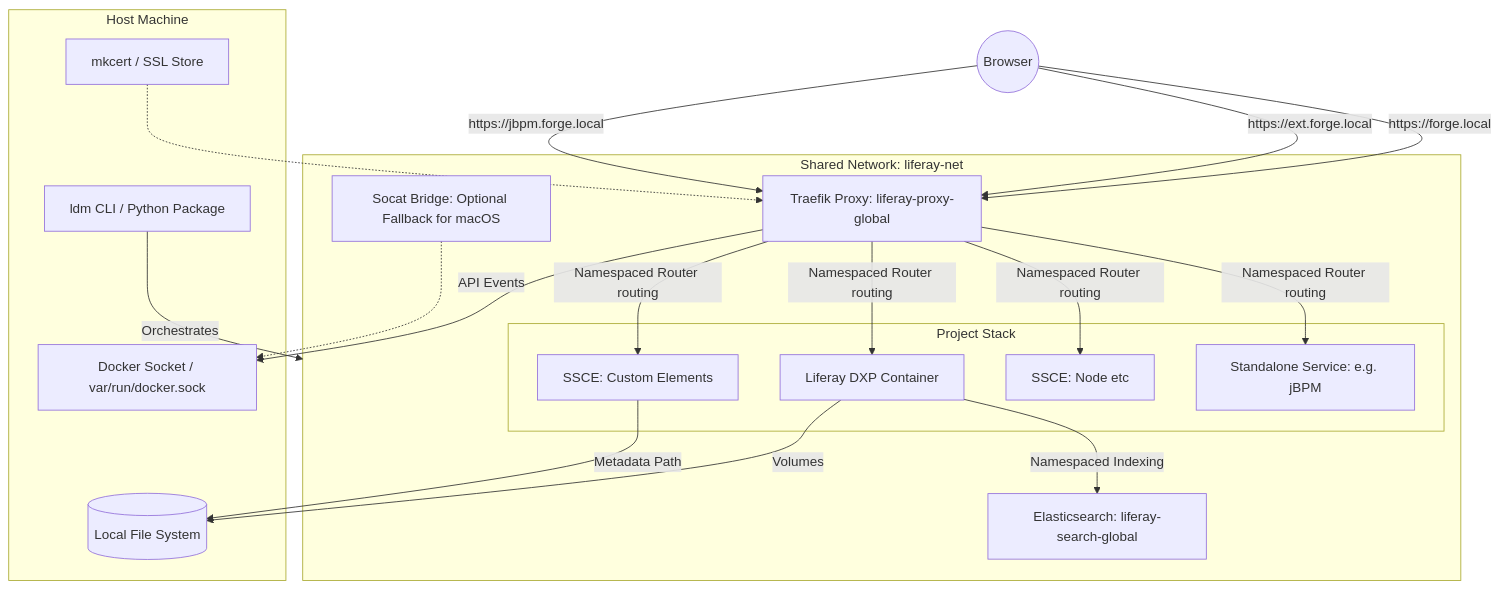
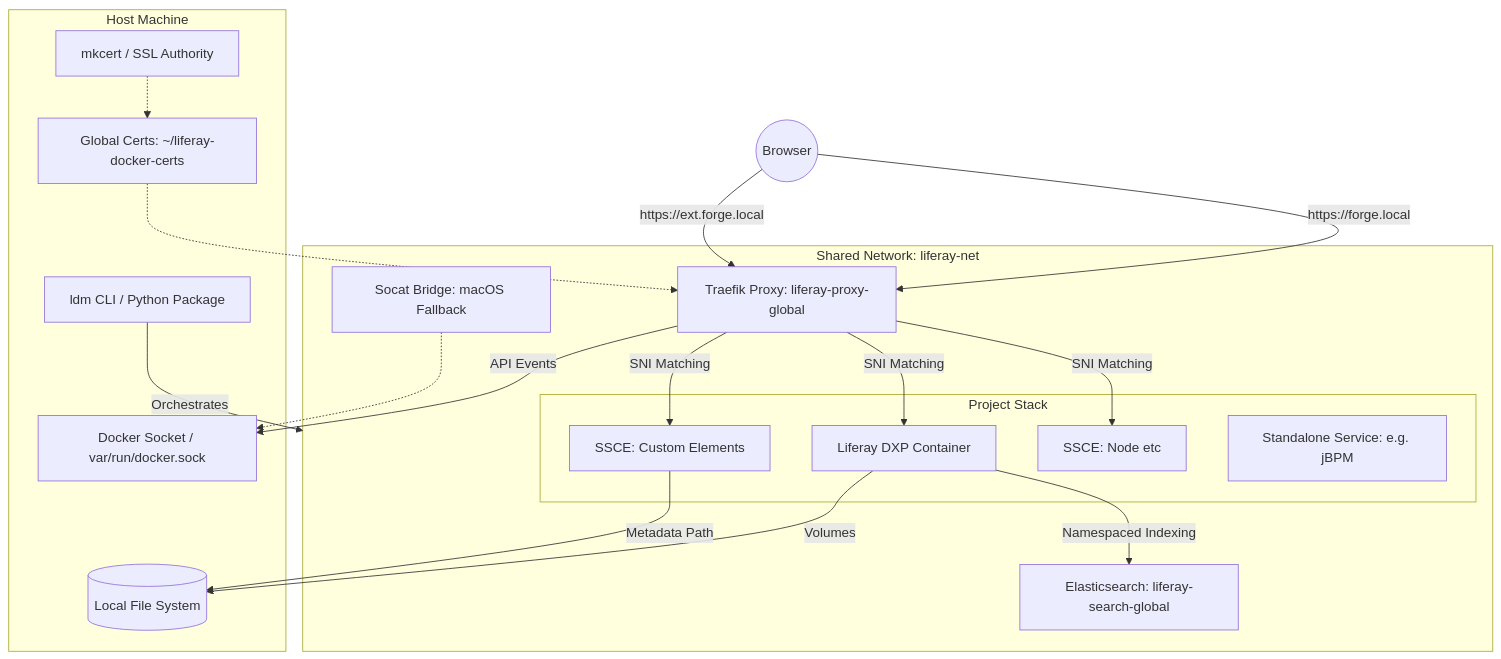
The first of 5 diagrams in docs/LDM_ARCHITECTURE.md (peterrichards-lr/liferay-docker-manager), drawn with Mermaid before and after one commit. The commit also changed other lines of this file and 7 other files, not shown here.

````diff
--- a/docs/LDM_ARCHITECTURE.md
+++ b/docs/LDM_ARCHITECTURE.md
@@ -9,45 +9,45 @@
 ```mermaid
 graph TD
     subgraph Host_Machine [Host Machine]
         CLI[ldm CLI / Python Package]
         FS[(Local File System)]
         Socket[Docker Socket / var/run/docker.sock]
-        Cert[mkcert / SSL Store]
+        Cert_Dir[Global Certs: ~/liferay-docker-certs]
+        Cert[mkcert / SSL Authority]
     end
 
     subgraph Docker_Network [Shared Network: liferay-net]
         Proxy[Traefik Proxy: liferay-proxy-global]
-        Socat[Socat Bridge: Optional Fallback for macOS]
+        Socat[Socat Bridge: macOS Fallback]
         Search[Elasticsearch: liferay-search-global]
         
         subgraph Project_Stack [Project Stack]
             DXP[Liferay DXP Container]
             SSCE1[SSCE: Custom Elements]
             SSCE2[SSCE: Node etc]
             SERVICE[Standalone Service: e.g. jBPM]
         end
     end
 
     %% Traffic Flow
     User((Browser)) -- "https://forge.local" --> Proxy
     User -- "https://ext.forge.local" --> Proxy
-    User -- "https://jbpm.forge.local" --> Proxy
     
-    Proxy -- "Namespaced Router routing" --> DXP
-    Proxy -- "Namespaced Router routing" --> SSCE1
-    Proxy -- "Namespaced Router routing" --> SSCE2
-    Proxy -- "Namespaced Router routing" --> SERVICE
+    Proxy -- "SNI Matching" --> DXP
+    Proxy -- "SNI Matching" --> SSCE1
+    Proxy -- "SNI Matching" --> SSCE2
     
     %% Communication
     DXP -- "Namespaced Indexing" --> Search
     Proxy -- "API Events" --> Socket
     Socat -.-> Socket
     
     %% Persistence
     DXP -- "Volumes" --> FS
     SSCE1 -- "Metadata Path" --> FS
     
     %% Config
-    Cert -.-> Proxy
+    Cert_Dir -.-> Proxy
+    Cert -.-> Cert_Dir
     CLI -- "Orchestrates" --> Docker_Network
 ```
````
